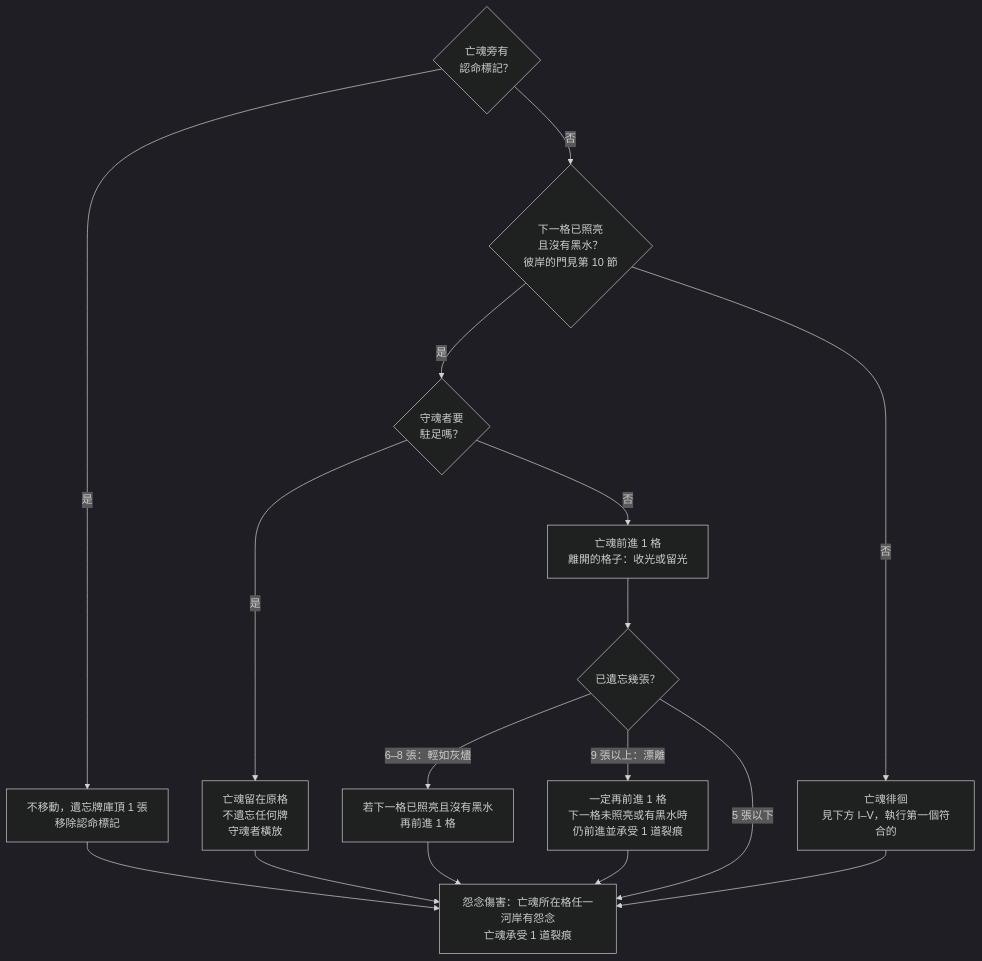
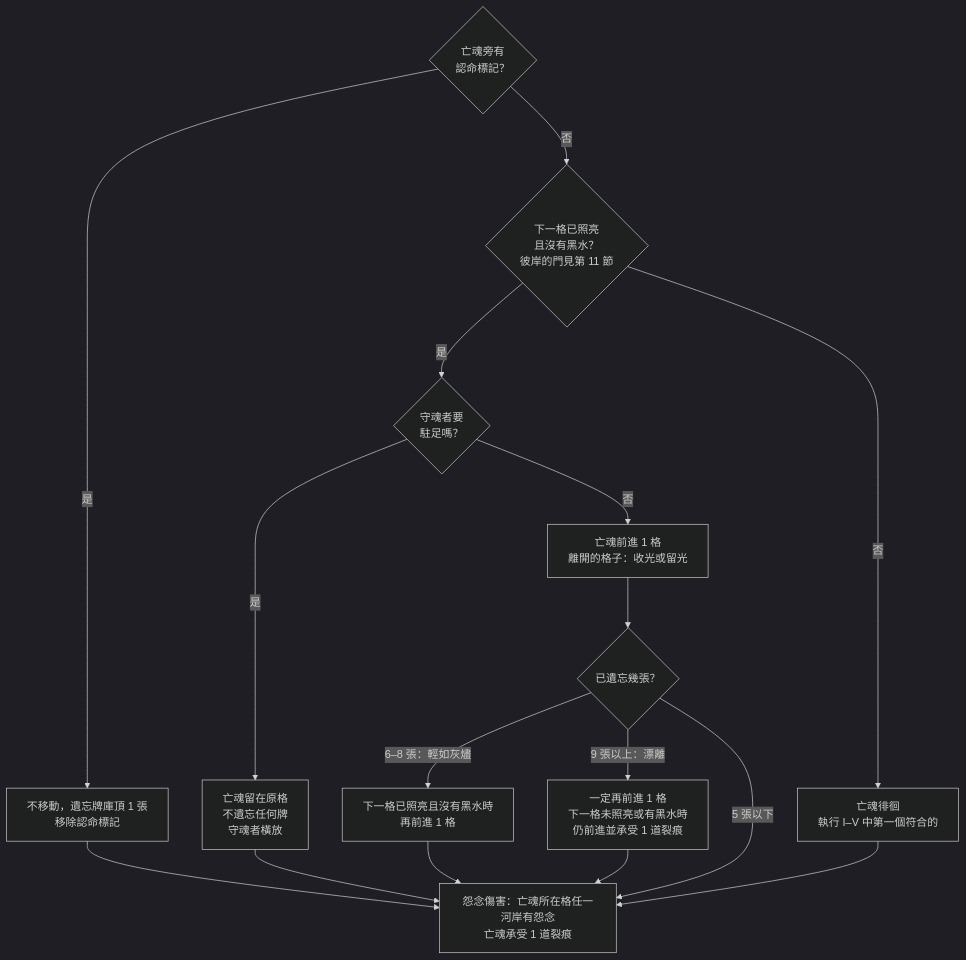
One commit to Ralph-Liu-Hub/Boardgame-Netherbloom changed the diagram in docs/rules/zh-TW/V5/Rulebook.md. Above: the diagram before and after it, drawn with Mermaid (dark theme). The commit also changed other lines of this file and 7 other files, not shown here.

````diff
--- a/docs/rules/zh-TW/V5/Rulebook.md
+++ b/docs/rules/zh-TW/V5/Rulebook.md
@@ -181,13 +320,13 @@
 ```mermaid
 flowchart TD
     A{亡魂旁有<br>認命標記？} -- 是 --> A1[不移動，遺忘牌庫頂 1 張<br>移除認命標記] --> E
-    A -- 否 --> B{下一格已照亮<br>且沒有黑水？<br>彼岸的門見第 10 節}
+    A -- 否 --> B{下一格已照亮<br>且沒有黑水？<br>彼岸的門見第 11 節}
     B -- 是 --> W{守魂者要<br>駐足嗎？}
     W -- 是 --> W1[亡魂留在原格<br>不遺忘任何牌<br>守魂者橫放] --> E
     W -- 否 --> B1[亡魂前進 1 格<br>離開的格子：收光或留光] --> C
-    B -- 否 --> D[亡魂徘徊<br>見下方 I–V，執行第一個符合的] --> E
-    C{已遺忘幾張？} -- 6–8 張：輕如灰燼 --> C1[若下一格已照亮且沒有黑水<br>再前進 1 格] --> E
+    B -- 否 --> D[亡魂徘徊<br>執行 I–V 中第一個符合的] --> E
+    C{已遺忘幾張？} -- 6–8 張：輕如灰燼 --> C1[下一格已照亮且沒有黑水時<br>再前進 1 格] --> E
     C -- 9 張以上：漂離 --> C2[一定再前進 1 格<br>下一格未照亮或有黑水時<br>仍前進並承受 1 道裂痕] --> E
     C -- 5 張以下 --> E
     E[怨念傷害：亡魂所在格任一河岸有怨念<br>亡魂承受 1 道裂痕]
 ```
````
